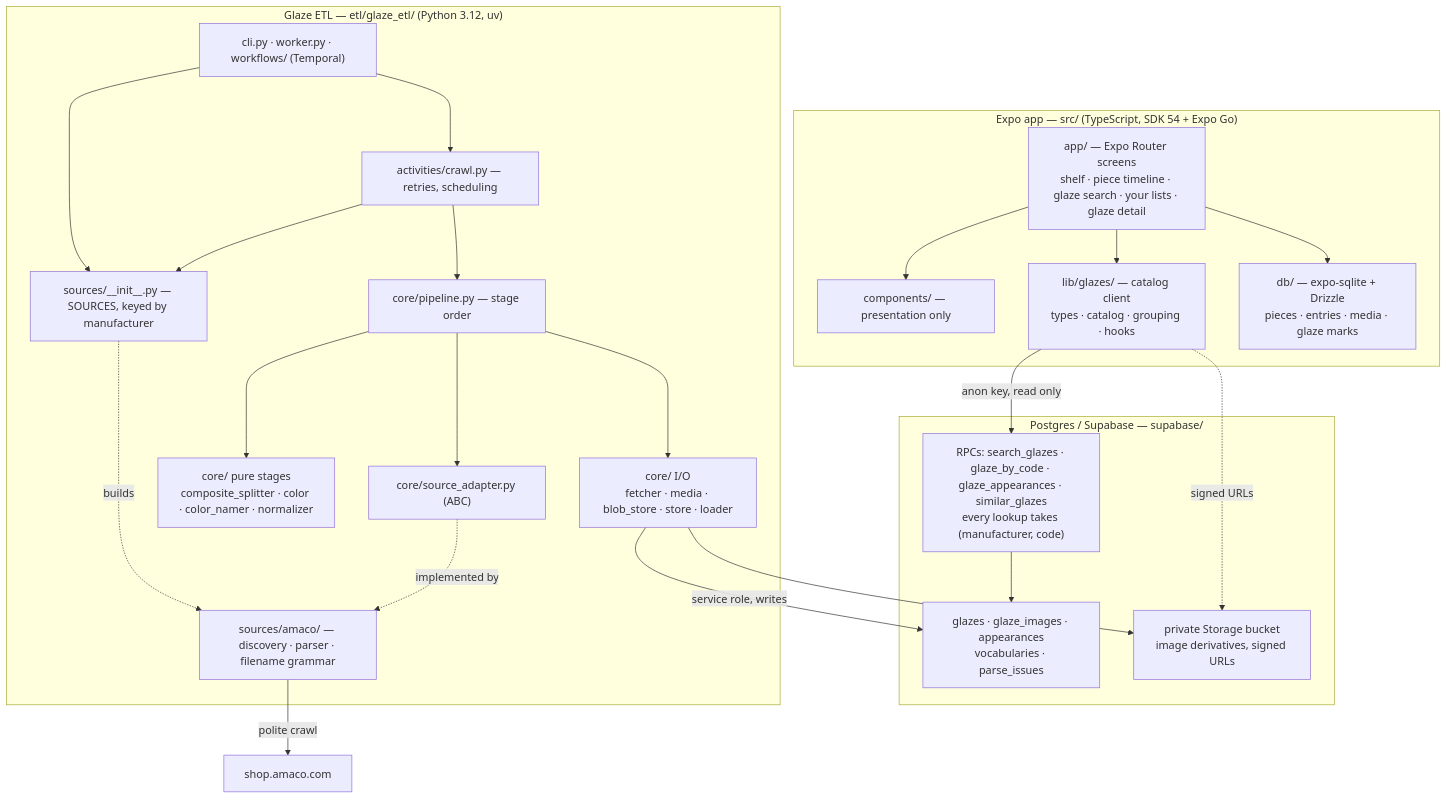
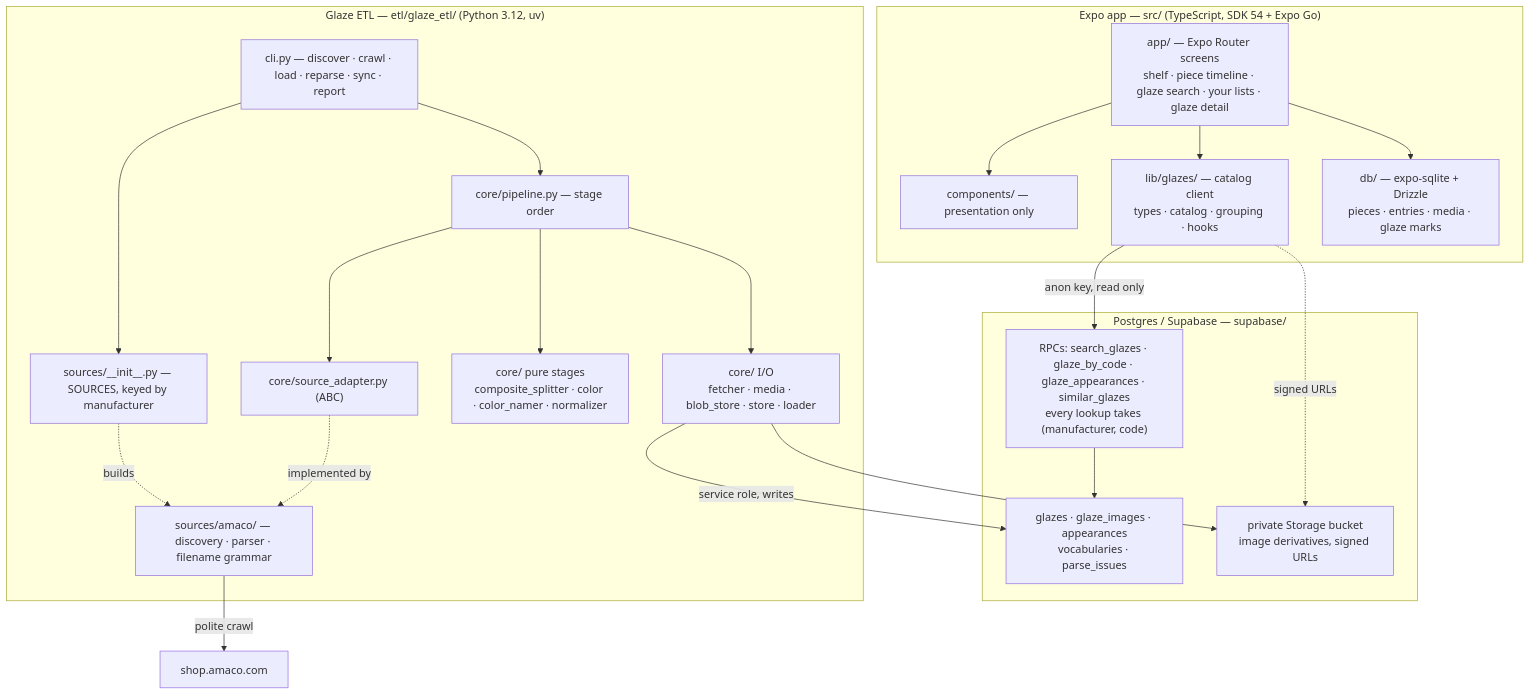
One commit to nickscip/mudbud changed the diagram in docs/ARCHITECTURE.md. Above: the diagram before and after it, drawn with Mermaid. The commit also changed other lines of this file and 3 other files, not shown here.

````diff
--- a/docs/ARCHITECTURE.md
+++ b/docs/ARCHITECTURE.md
@@ -7,44 +7,42 @@
 ```mermaid
 graph TD
   subgraph app["Expo app — src/ (TypeScript, SDK 54 + Expo Go)"]
     screens["app/ — Expo Router screens<br/>shelf · piece timeline · glaze search · your lists · glaze detail"]
     components["components/ — presentation only"]
     glazes["lib/glazes/ — catalog client<br/>types · catalog · grouping · hooks"]
     localdb["db/ — expo-sqlite + Drizzle<br/>pieces · entries · media · glaze marks"]
     screens --> components
     screens --> glazes
     screens --> localdb
   end
 
   subgraph pg["Postgres / Supabase — supabase/"]
     rpc["RPCs: search_glazes · glaze_by_code · glaze_appearances · similar_glazes<br/>every lookup takes (manufacturer, code)"]
     tables["glazes · glaze_images · appearances<br/>vocabularies · parse_issues"]
     bucket["private Storage bucket<br/>image derivatives, signed URLs"]
     rpc --> tables
   end
 
   subgraph etl["Glaze ETL — etl/glaze_etl/ (Python 3.12, uv)"]
-    entry["cli.py · worker.py · workflows/ (Temporal)"]
-    activities["activities/crawl.py — retries, scheduling"]
+    entry["cli.py — discover · crawl · load · reparse · sync · report"]
     pipeline["core/pipeline.py — stage order"]
     adapter["core/source_adapter.py (ABC)"]
     registry["sources/__init__.py — SOURCES, keyed by manufacturer"]
     amaco["sources/amaco/ — discovery · parser · filename grammar"]
     pure["core/ pure stages<br/>composite_splitter · color · color_namer · normalizer"]
     io["core/ I/O<br/>fetcher · media · blob_store · store · loader"]
-    entry --> activities --> pipeline
+    entry --> pipeline
     entry --> registry
-    activities --> registry
     pipeline --> adapter
     registry -. builds .-> amaco
     adapter -. implemented by .-> amaco
     pipeline --> pure
     pipeline --> io
   end
 
   glazes -->|"anon key, read only"| rpc
   io -->|"service role, writes"| tables
   io --> bucket
   glazes -.->|"signed URLs"| bucket
   amaco -->|"polite crawl"| amacoweb["shop.amaco.com"]
 ```
````
